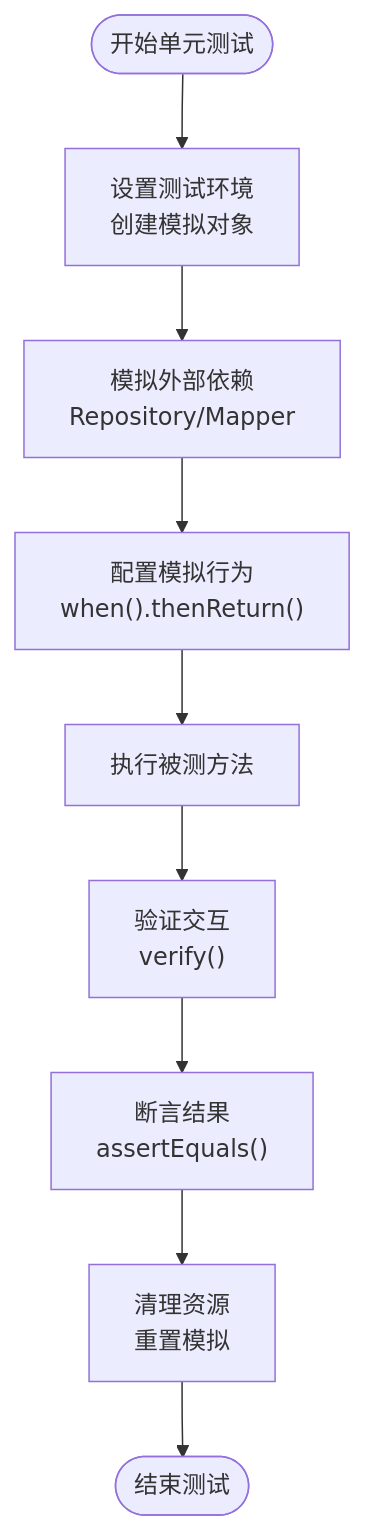
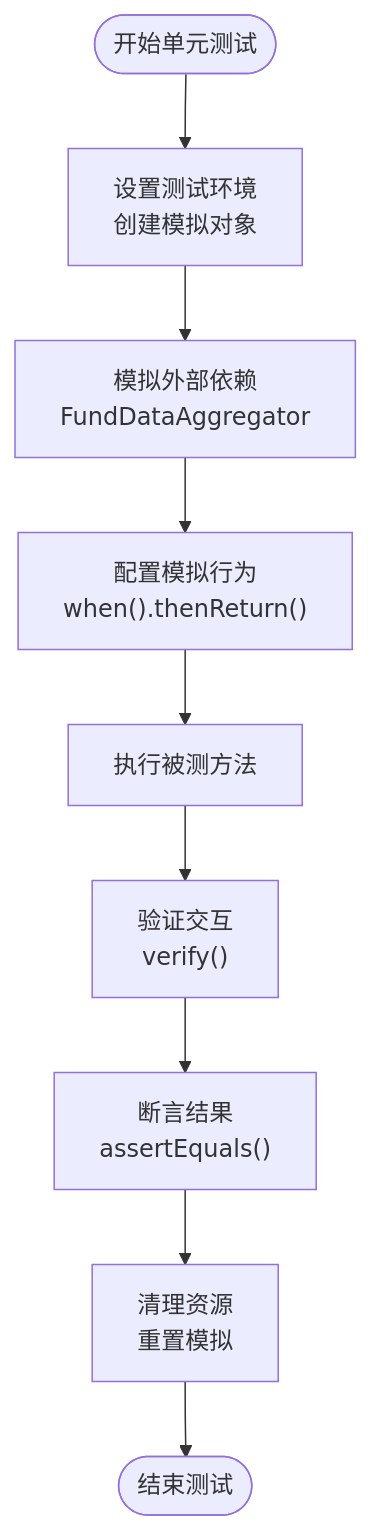
The sixth of 18 diagrams in .qoder/repowiki/zh/content/核心功能开发/测试策略.md (gree-coder/fund-butler), drawn with Mermaid before and after one commit. The commit also changed other lines of this file and 10 other files, not shown here.

````diff
--- a/.qoder/repowiki/zh/content/核心功能开发/测试策略.md
+++ b/.qoder/repowiki/zh/content/核心功能开发/测试策略.md
@@ -201,11 +250,11 @@
 ```mermaid
 flowchart TD
 Start([开始单元测试]) --> Setup["设置测试环境<br/>创建模拟对象"]
-Setup --> MockDependencies["模拟外部依赖<br/>Repository/Mapper"]
+Setup --> MockDependencies["模拟外部依赖<br/>FundDataAggregator"]
 MockDependencies --> ConfigureMocks["配置模拟行为<br/>when().thenReturn()"]
 ConfigureMocks --> ExecuteMethod["执行被测方法"]
 ExecuteMethod --> VerifyInteractions["验证交互<br/>verify()"]
 VerifyInteractions --> AssertResults["断言结果<br/>assertEquals()"]
 AssertResults --> Cleanup["清理资源<br/>重置模拟"]
 Cleanup --> End([结束测试])
 ```
````
